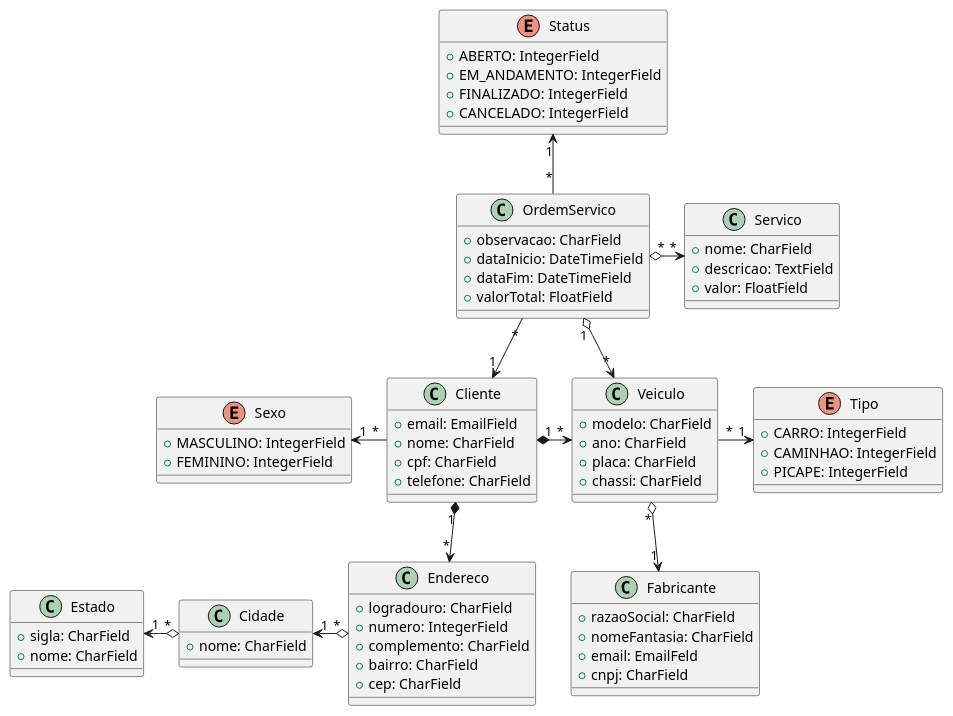
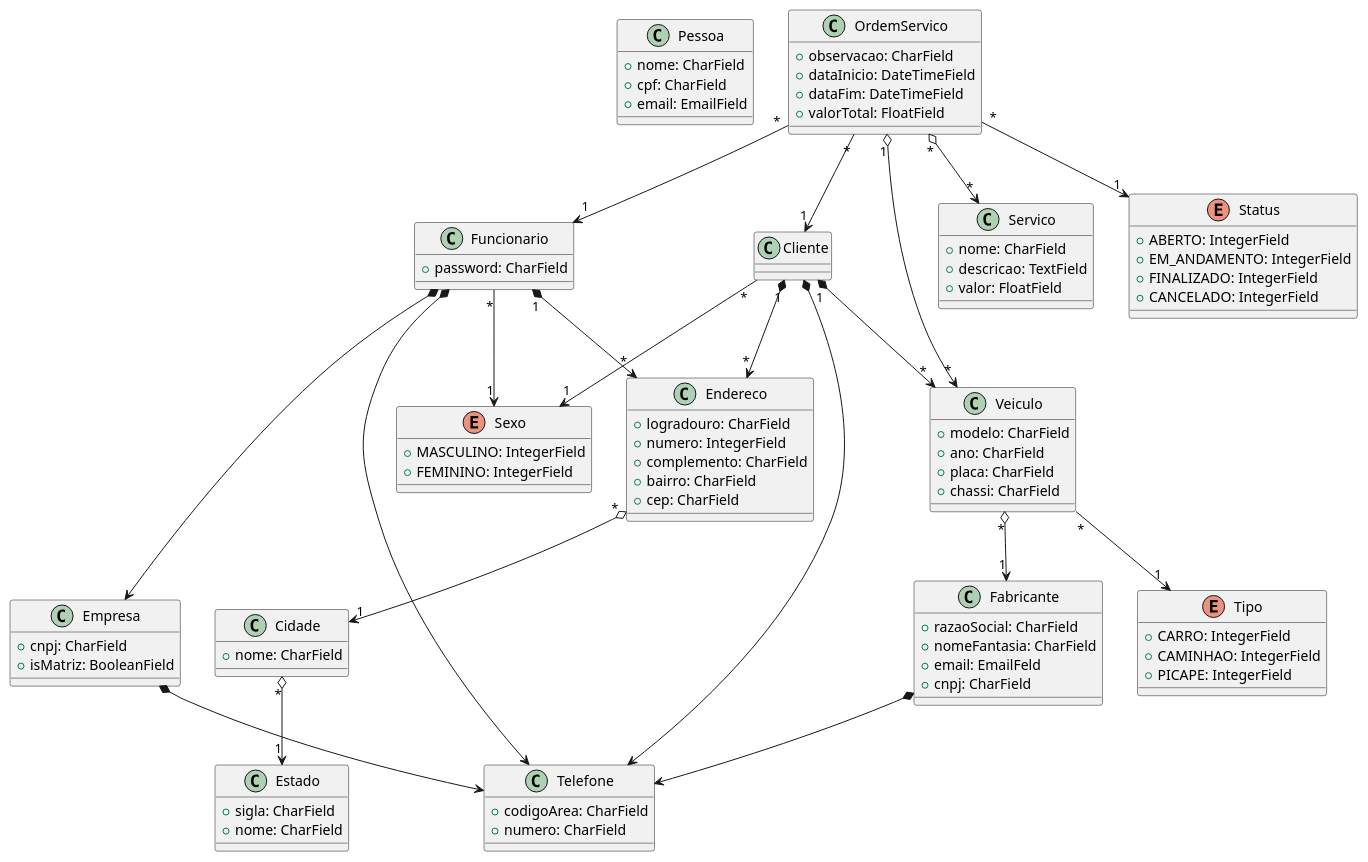
Before and after one commit to mateus1503/CarRepair: the diagram in uml_loja.puml, drawn with PlantUML. The commit also changed 4 other files, not shown here.

```diff
--- a/uml_loja.puml
+++ b/uml_loja.puml
@@ -1,89 +1,115 @@
 @startuml
 'https://plantuml.com/class-diagram
 
-class Cliente {
-    + email: EmailField
+class Pessoa {
     + nome: CharField
     + cpf: CharField
-    + telefone: CharField
+    + email: EmailField
+}
+
+class Funcionario {
+    + password: CharField
+}
+
+class Cliente {
 }
 
 enum Sexo {
     + MASCULINO: IntegerField
     + FEMININO: IntegerField
+}
+
+class Telefone {
+    + codigoArea: CharField
+    + numero: CharField
+}
+
+class Empresa {
+    + cnpj: CharField
+    + isMatriz: BooleanField
 }
 
 class Endereco {
     + logradouro: CharField
     + numero: IntegerField
     + complemento: CharField
     + bairro: CharField
     + cep: CharField
 }
 
 class Cidade {
     + nome: CharField
 }
 
 class Estado {
     + sigla: CharField
     + nome: CharField
 }
 
 class Fabricante {
     + razaoSocial: CharField
     + nomeFantasia: CharField
     + email: EmailFeld
     + cnpj: CharField
 }
 
 class Veiculo {
     + modelo: CharField
     + ano: CharField
     + placa: CharField
     + chassi: CharField
 }
 
 enum Tipo {
     + CARRO: IntegerField
     + CAMINHAO: IntegerField
     + PICAPE: IntegerField
 }
 
 class Servico {
     + nome: CharField
     + descricao: TextField
     + valor: FloatField
 }
 
 class OrdemServico {
     + observacao: CharField
     + dataInicio: DateTimeField
     + dataFim: DateTimeField
     + valorTotal: FloatField
 }
 
 enum Status {
     + ABERTO: IntegerField
     + EM_ANDAMENTO: IntegerField
     + FINALIZADO: IntegerField
     + CANCELADO: IntegerField
 }
 
-Cliente "1" *-right-> "*" Veiculo
+Cliente "1" *--> "*" Veiculo
 Cliente "1" *--> "*" Endereco
-Cliente "*" -left-> "1" Sexo
+Cliente "*" --> "1" Sexo
+Cliente *--> Telefone
+
+Funcionario "1" *--> "*" Endereco
+Funcionario "*" --> "1" Sexo
+Funcionario *--> Telefone
+Funcionario *--> Empresa
 
 Veiculo "*" o--> "1" Fabricante
-Veiculo "*" -right-> "1" Tipo
+Veiculo "*" --> "1" Tipo
 
 OrdemServico "1" o--> "*" Veiculo
-OrdemServico "*" o-right-> "*" Servico
-OrdemServico "*" -up-> "1" Status
+OrdemServico "*" o--> "*" Servico
+OrdemServico "*" --> "1" Status
 OrdemServico "*" --> "1" Cliente
+OrdemServico "*" --> "1" Funcionario
 
-Endereco "*" o-left-> "1" Cidade
+Empresa *--> Telefone
+Fabricante *--> Telefone
 
-Cidade "*" o-left-> "1" Estado
+
+Endereco "*" o--> "1" Cidade
+Cidade "*" o--> "1" Estado
 
 @enduml
```
